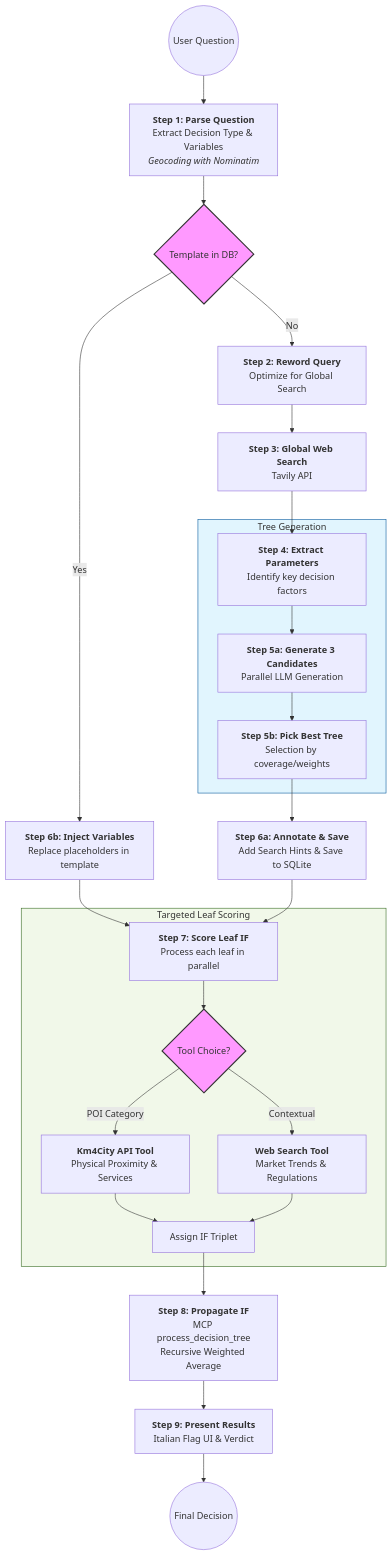
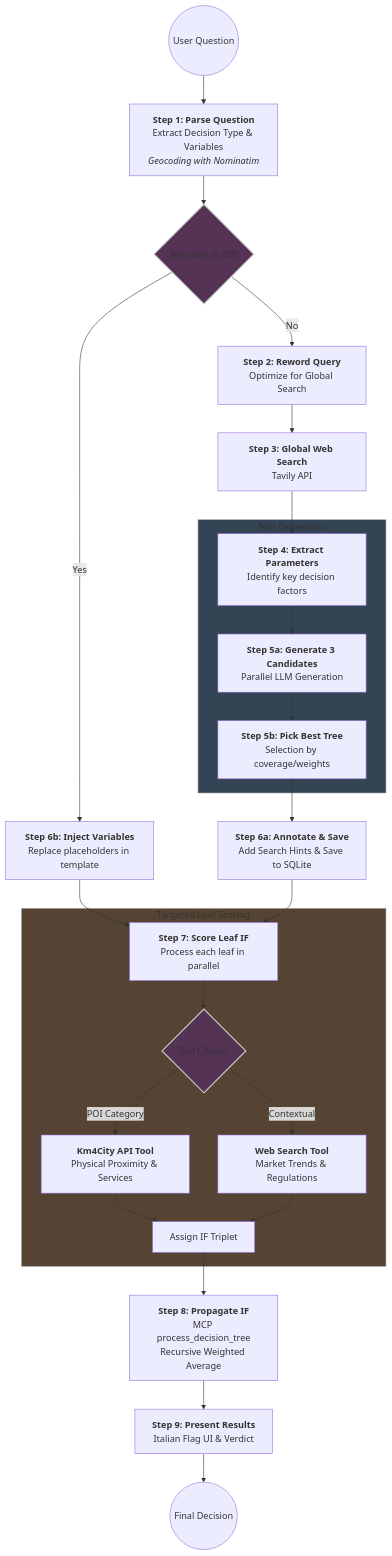
The first of 2 diagrams in README.md (deltaplanoo/Agentic-Probability-Engine), drawn with Mermaid before and after one commit. The commit also changed other lines of this file, not shown here.

Commit message:
doc: better colors

````diff
--- a/README.md
+++ b/README.md
@@ -5,45 +4,45 @@
 ```mermaid
 graph TD
     %% Entry Point
     Start((User Question)) --> Parse[<b>Step 1: Parse Question</b><br/>Extract Decision Type & Variables<br/><i>Geocoding with Nominatim</i>]
     
     %% Routing logic
     Parse --> CheckDB{Template in DB?}
     %% Path A: Reusing Template
     CheckDB -- Yes --> Inject[<b>Step 6b: Inject Variables</b><br/>Replace placeholders in template]
     Inject --> Score
 
     %% Path B: New Template Generation
     CheckDB -- No --> Reword[<b>Step 2: Reword Query</b><br/>Optimize for Global Search]
     Reword --> GlobalSearch[<b>Step 3: Global Web Search</b><br/>Tavily API]
     GlobalSearch --> ExtractParams[<b>Step 4: Extract Parameters</b><br/>Identify key decision factors]
 
     subgraph Parallel_Generation [Tree Generation]
         ExtractParams --> GenTrees[<b>Step 5a: Generate 3 Candidates</b><br/>Parallel LLM Generation]
         GenTrees --> PickBest[<b>Step 5b: Pick Best Tree</b><br/>Selection by coverage/weights]
     end
     
     PickBest --> Annotate[<b>Step 6a: Annotate & Save</b><br/>Add Search Hints & Save to SQLite]
     Annotate --> Score
 
     %% Core Scoring Logic
     subgraph Leaf_Scoring [Targeted Leaf Scoring]
         Score[<b>Step 7: Score Leaf IF</b><br/>Process each leaf in parallel]
         Score --> Choice{Tool Choice?}
         Choice -- POI Category --> POITool[<b>Km4City API Tool</b><br/>Physical Proximity & Services]
         Choice -- Contextual --> WebTool[<b>Web Search Tool</b><br/>Market Trends & Regulations]
         POITool --> AggResults[Assign IF Triplet]
         WebTool --> AggResults
     end
     
     %% Final Calculation
     AggResults --> Propagate[<b>Step 8: Propagate IF</b><br/>MCP process_decision_tree<br/>Recursive Weighted Average]
     Propagate --> Display[<b>Step 9: Present Results</b><br/>Italian Flag UI & Verdict]
     Display --> End((Final Decision))
     
     %% Styling
-    style CheckDB fill:#f9f,stroke:#333,stroke-width:2px
-    style Choice fill:#f9f,stroke:#333,stroke-width:2px
-    style Parallel_Generation fill:#e1f5fe,stroke:#01579b
-    style Leaf_Scoring fill:#f1f8e9,stroke:#33691e
+    style CheckDB fill:#535,stroke:#ccc,stroke-width:2px
+    style Choice fill:#535,stroke:#ccc,stroke-width:2px
+    style Parallel_Generation fill:#345,stroke:#ccc
+    style Leaf_Scoring fill:#543,stroke:#ccc
 ```
````
